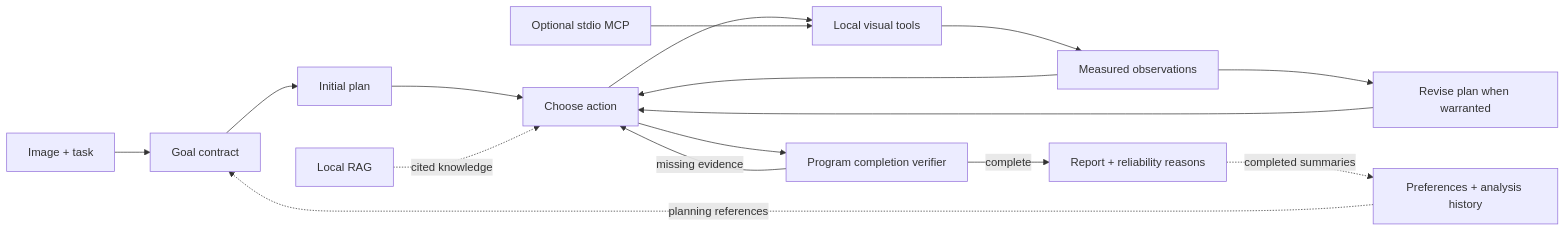
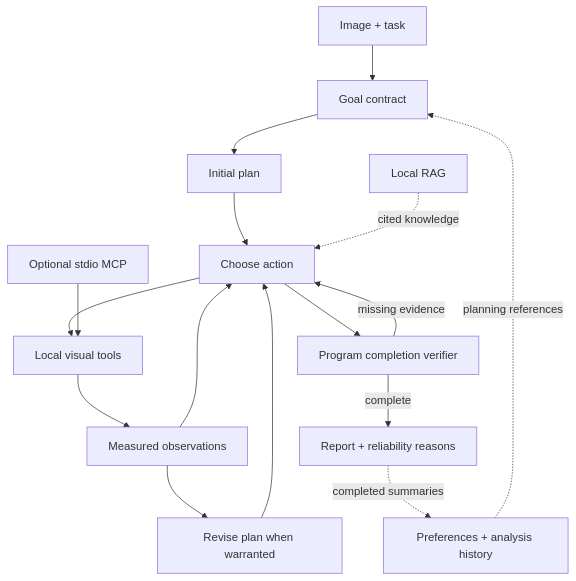
One commit to sadbrand11-blip/underwater-vision-agent changed the diagram in README.md. Above: the diagram before and after it, drawn with Mermaid. The commit also changed 8 other files, not shown here.

````diff
--- a/README.md
+++ b/README.md
@@ -15,18 +15,18 @@
 ```mermaid
-flowchart LR
+flowchart TD
     I[Image + task] --> G[Goal contract]
     G --> P[Initial plan]
     P --> A[Choose action]
     A --> T[Local visual tools]
     T --> O[Measured observations]
     O --> A
     O --> R[Revise plan when warranted]
     R --> A
     A --> V[Program completion verifier]
     V -->|missing evidence| A
     V -->|complete| F[Report + reliability reasons]
     K[Local RAG] -. cited knowledge .-> A
     M[Preferences + analysis history] -. planning references .-> G
     F -. completed summaries .-> M
     MCP[Optional stdio MCP] --> T
 ```
````
